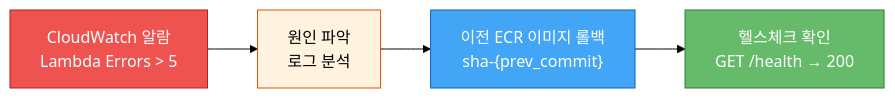
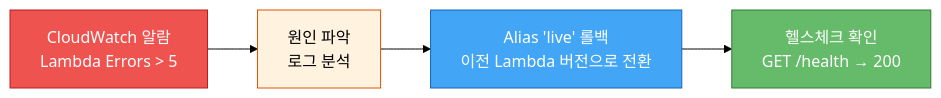
Before and after one commit to 80-hours-a-week/2-cho-community-fe: diagram 16 of 18 in report.md, drawn with Mermaid (forest theme). The commit also changed other lines of this file, not shown here.

````diff
--- a/report.md
+++ b/report.md
@@ -870,14 +897,14 @@
 ```mermaid
 flowchart LR
     Detect["CloudWatch 알람<br/>Lambda Errors > 5"]
     Identify["원인 파악<br/>로그 분석"]
-    Rollback["이전 ECR 이미지 롤백<br/>sha-{prev_commit}"]
+    Rollback["Alias 'live' 롤백<br/>이전 Lambda 버전으로 전환"]
     Verify["헬스체크 확인<br/>GET /health → 200"]
 
     Detect --> Identify --> Rollback --> Verify
 
     style Detect fill:#ef5350,color:#fff,stroke:#b71c1c
     style Identify fill:#fff3e0,stroke:#e65100
     style Rollback fill:#42a5f5,color:#fff,stroke:#1565c0
     style Verify fill:#66bb6a,color:#fff,stroke:#2e7d32
 ```
````
